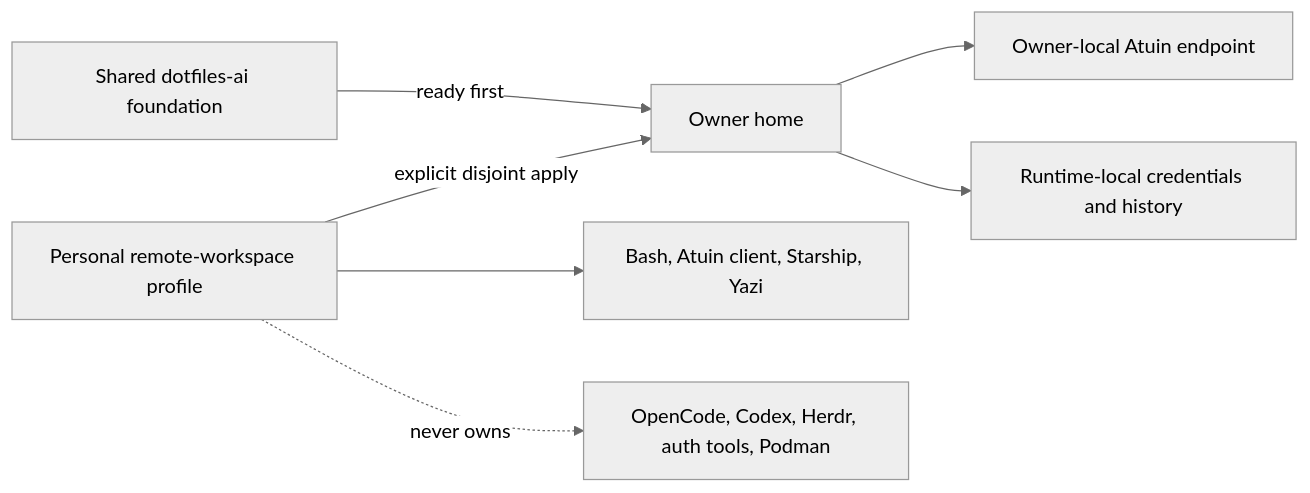
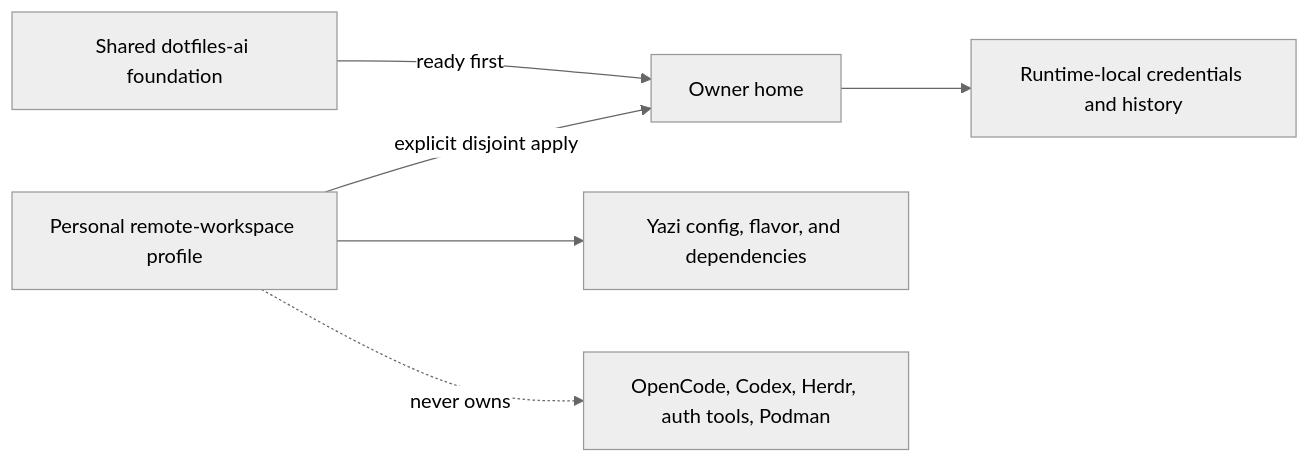
The diagram in docs/specs/remote_workspace_profile/README.md (Saltiola7/dotfiles), drawn with Mermaid (neutral theme) before and after one commit. The commit also changed other lines of this file and 3 other files, not shown here.

Commit message:
docs(remote): ready Yazi-only overlay

````diff
--- a/docs/specs/remote_workspace_profile/README.md
+++ b/docs/specs/remote_workspace_profile/README.md
@@ -78,11 +76,10 @@
 ```mermaid
 flowchart LR
     accTitle: Personal remote-workspace target ownership
-    accDescr: The public shared foundation owns agent, authentication tooling, and runtime targets. After it is ready, the owner explicitly applies a separate deny-by-default terminal overlay. Only the owner's local Atuin configuration references the personal endpoint, while credentials and history stay in runtime-local stores.
+    accDescr: The public shared foundation owns Bash, Atuin, Starship, agents, authentication tooling, and runtime targets. After it is ready, the owner explicitly applies a separate deny-by-default Yazi-only overlay. Credentials and history stay in runtime-local stores.
     S[Shared dotfiles-ai foundation] -->|ready first| H[Owner home]
     P[Personal remote-workspace profile] -->|explicit disjoint apply| H
-    P --> T[Bash, Atuin client, Starship, Yazi]
-    H --> E[Owner-local Atuin endpoint]
+    P --> T[Yazi config, flavor, and dependencies]
     H --> C[Runtime-local credentials and history]
     P -. never owns .-> A[OpenCode, Codex, Herdr, auth tools, Podman]
 ```
````
